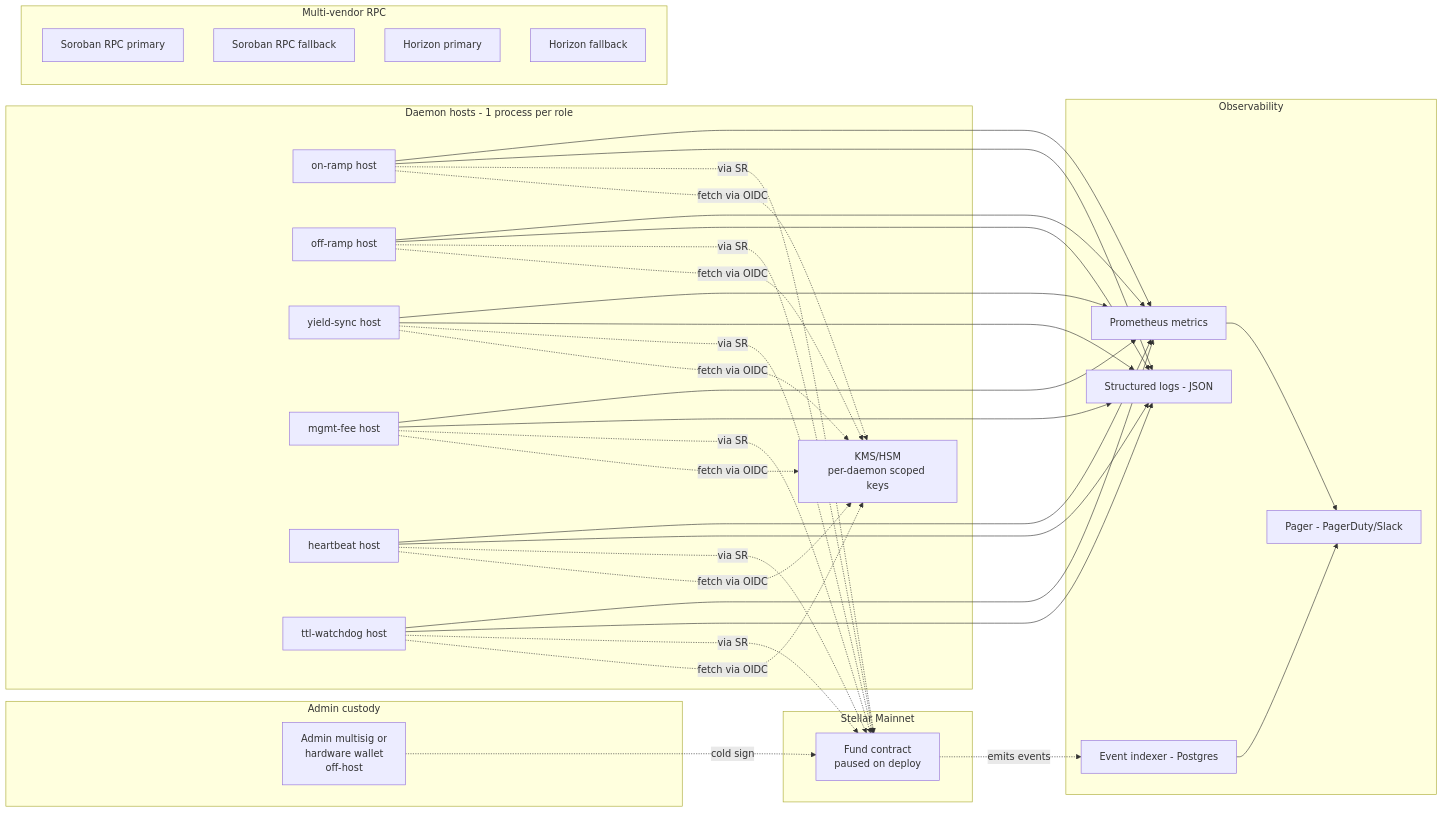
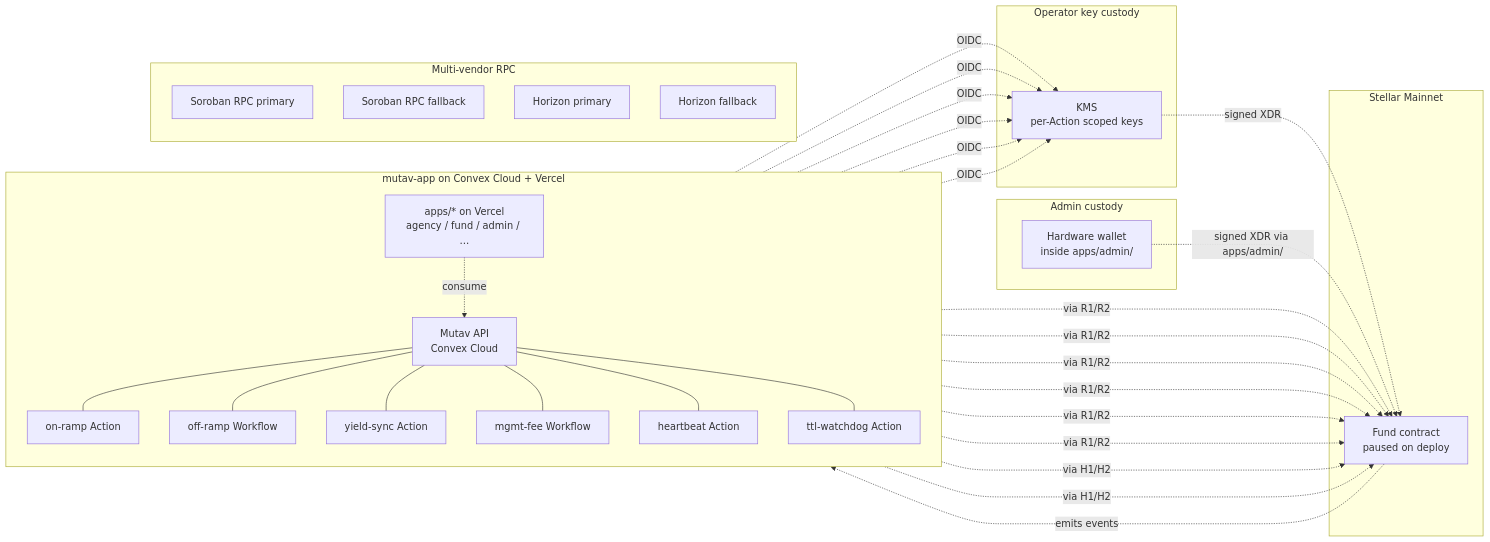
Before and after one commit to mutav-finance/mutav-stellar: the third of 3 diagrams in docs/architecture/07-deployment-topology.md, drawn with Mermaid. The commit also changed other lines of this file and 12 other files, not shown here.

First line of the commit message:
docs: consolidate target architecture per #57 (#58)

````diff
--- a/docs/architecture/07-deployment-topology.md
+++ b/docs/architecture/07-deployment-topology.md
@@ -100,44 +103,43 @@
 ```mermaid
 flowchart LR
     subgraph stellar [Stellar Mainnet]
       C[Fund contract<br/>paused on deploy]
     end
 
-    subgraph admin [Admin custody]
-      ADM[Admin multisig or<br/>hardware wallet<br/>off-host]
+    subgraph hw [Admin custody]
+      ADM[Hardware wallet<br/>inside apps/admin/]
     end
 
-    subgraph ops [Daemon hosts - 1 process per role]
-      KMS[KMS/HSM<br/>per-daemon scoped keys]
-      D1H[on-ramp host]
-      D2H[off-ramp host]
-      D3H[yield-sync host]
-      D4H[mgmt-fee host]
-      D5H[heartbeat host]
-      D6H[ttl-watchdog host]
-      D1H & D2H & D3H & D4H & D5H & D6H -.fetch via OIDC.-> KMS
+    subgraph cx [mutav-app on Convex Cloud + Vercel]
+      direction TB
+      API[Mutav API<br/>Convex Cloud]
+      W1[on-ramp Action]
+      W2[off-ramp Workflow]
+      W3[yield-sync Action]
+      W4[mgmt-fee Workflow]
+      W5[heartbeat Action]
+      W6[ttl-watchdog Action]
+      APPS[apps/* on Vercel<br/>agency / fund / admin / …]
+      API --- W1 & W2 & W3 & W4 & W5 & W6
+      APPS -.consume.-> API
     end
 
-    subgraph obs [Observability]
-      LOG[Structured logs - JSON]
-      MET[Prometheus metrics]
-      IDX[Event indexer - Postgres]
-      PAG[Pager - PagerDuty/Slack]
+    subgraph kms [Operator key custody]
+      KMS[KMS<br/>per-Action scoped keys]
     end
 
     subgraph rpc [Multi-vendor RPC]
       R1[Soroban RPC primary]
       R2[Soroban RPC fallback]
       H1[Horizon primary]
       H2[Horizon fallback]
     end
 
-    ADM -.cold sign.-> C
-    D1H -.via SR.-> C
-    D2H & D3H & D4H & D5H & D6H -.via SR.-> C
-    D1H & D2H & D3H & D4H & D5H & D6H --> LOG
-    D1H & D2H & D3H & D4H & D5H & D6H --> MET
-    C -.emits events.-> IDX
-    IDX --> PAG
-    MET --> PAG
+    W1 & W2 & W3 & W4 & W5 & W6 -.OIDC.-> KMS
+    KMS -.signed XDR.-> C
+    ADM -.signed XDR via apps/admin/.-> C
+    W1 & W2 & W3 & W4 & W5 & W6 -.via R1/R2.-> C
+    W1 & W2 -.via H1/H2.-> C
+
+    C -.emits events.-> API
 ```
````
